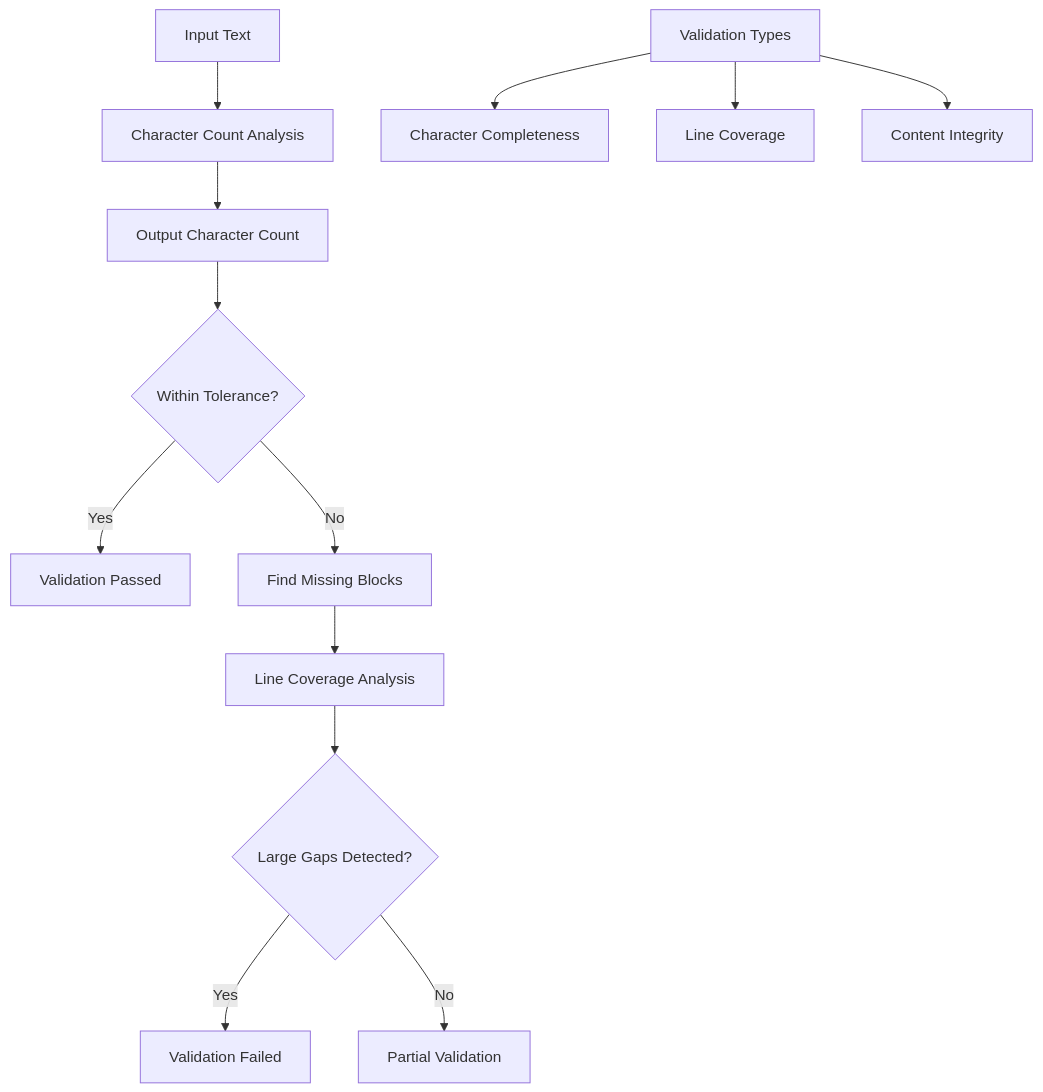
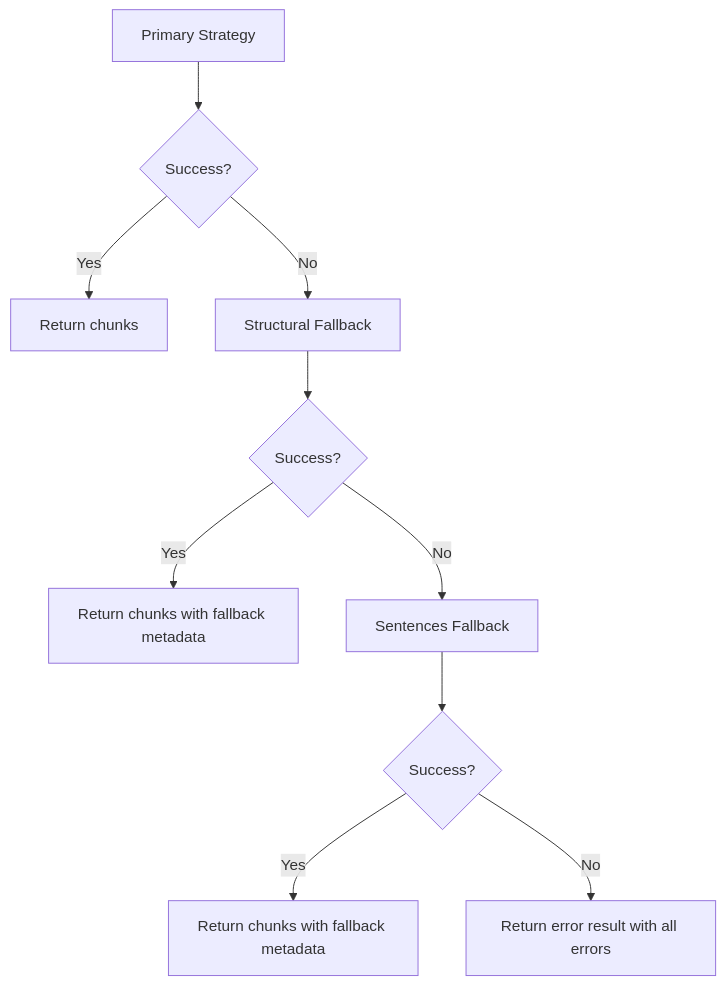
Before and after one commit to asukhodko/dify-markdown-chunker: the fourth of 6 diagrams in .qoder/repowiki/en/content/Advanced Features/Advanced Features.md, drawn with Mermaid. The commit also changed other lines of this file and 205 other files, not shown here.

````diff
--- a/.qoder/repowiki/en/content/Advanced Features/Advanced Features.md
+++ b/.qoder/repowiki/en/content/Advanced Features/Advanced Features.md
@@ -188,15 +160,12 @@
 ```mermaid
 flowchart TD
-A["Input Text"] --> B["Character Count Analysis"]
-B --> C["Output Character Count"]
-C --> D{"Within Tolerance?"}
-D --> |Yes| E["Validation Passed"]
-D --> |No| F["Find Missing Blocks"]
-F --> G["Line Coverage Analysis"]
-G --> H{"Large Gaps Detected?"}
-H --> |Yes| I["Validation Failed"]
-H --> |No| J["Partial Validation"]
-K["Validation Types"] --> L["Character Completeness"]
-K --> M["Line Coverage"]
-K --> N["Content Integrity"]
+A[Primary Strategy] --> B{Success?}
+B --> |Yes| C[Return chunks]
+B --> |No| D[Structural Fallback]
+D --> E{Success?}
+E --> |Yes| F[Return chunks with fallback metadata]
+E --> |No| G[Sentences Fallback]
+G --> H{Success?}
+H --> |Yes| I[Return chunks with fallback metadata]
+H --> |No| J[Return error result with all errors]
 ```
````
